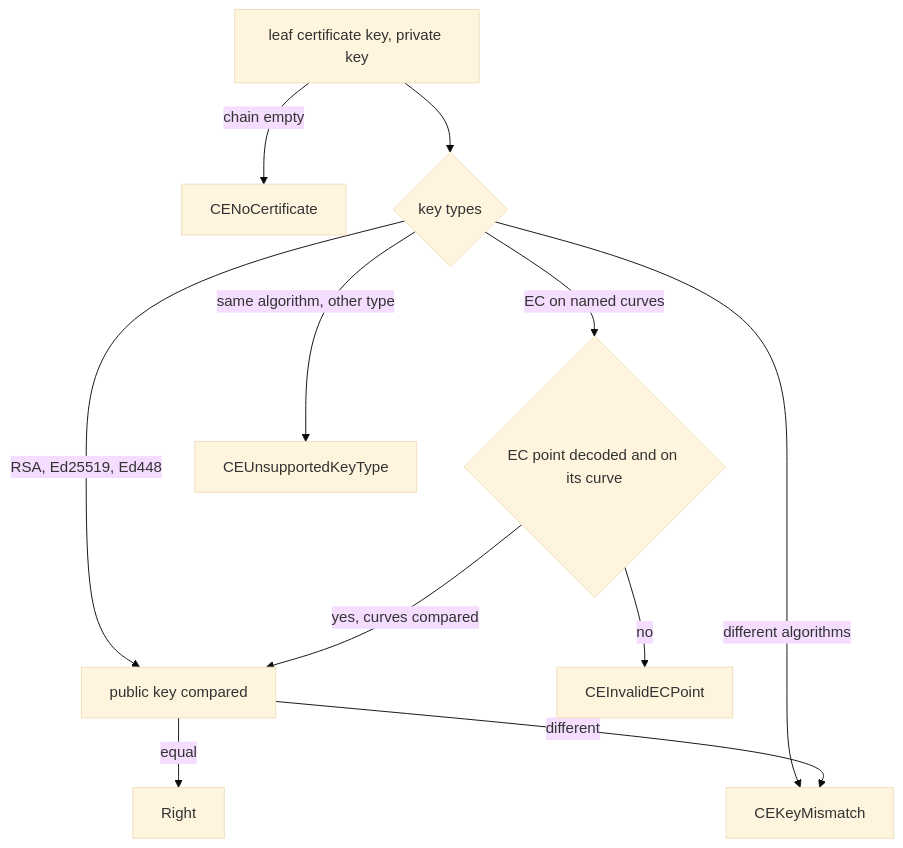
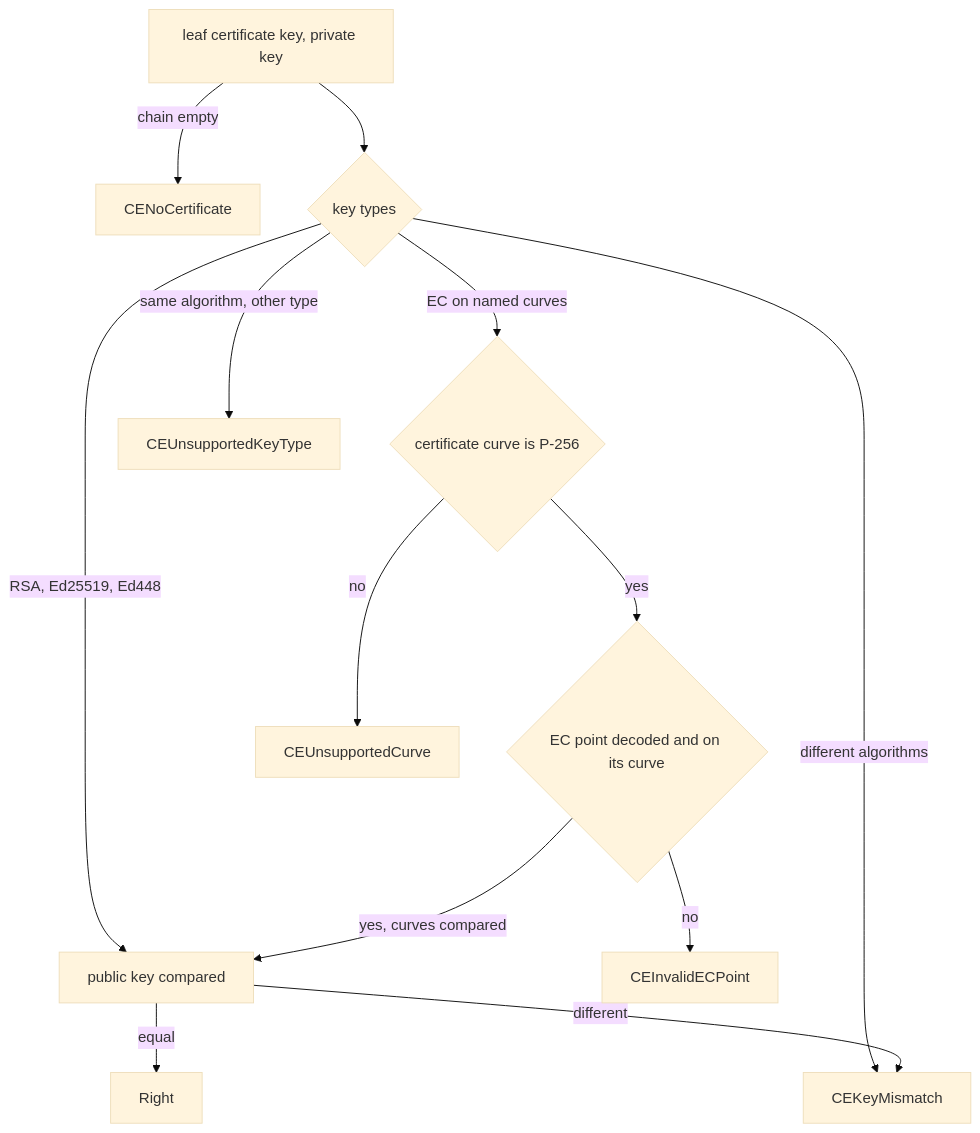
The first of 5 diagrams in plans/2026-11-17-reload-web-certificates.md (simplex-chat/simplexmq), drawn with Mermaid (base theme) before and after one commit. The commit also changed other lines of this file, not shown here.

````diff
--- a/plans/2026-11-17-reload-web-certificates.md
+++ b/plans/2026-11-17-reload-web-certificates.md
@@ -66,22 +69,26 @@
 ```mermaid
 flowchart TD
     A[leaf certificate key, private key]
     E[CENoCertificate]
     P{key types}
     C[public key compared]
+    G{certificate curve is P-256}
     D{EC point decoded and on its curve}
     M[CEKeyMismatch]
     I[CEInvalidECPoint]
     U[CEUnsupportedKeyType]
+    UC[CEUnsupportedCurve]
     OK[Right]
     A -- "chain empty" --> E
     A --> P
     P -- "RSA, Ed25519, Ed448" --> C
-    P -- "EC on named curves" --> D
+    P -- "EC on named curves" --> G
+    G -- "no" --> UC
+    G -- "yes" --> D
     D -- "no" --> I
     D -- "yes, curves compared" --> C
     P -- "same algorithm, other type" --> U
     P -- "different algorithms" --> M
     C -- "equal" --> OK
     C -- "different" --> M
 ```
````
